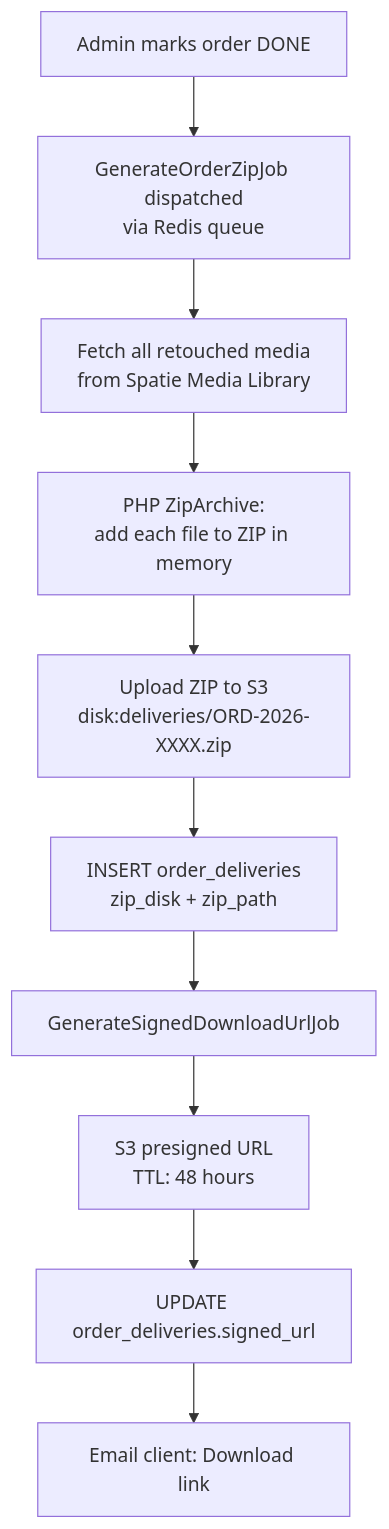
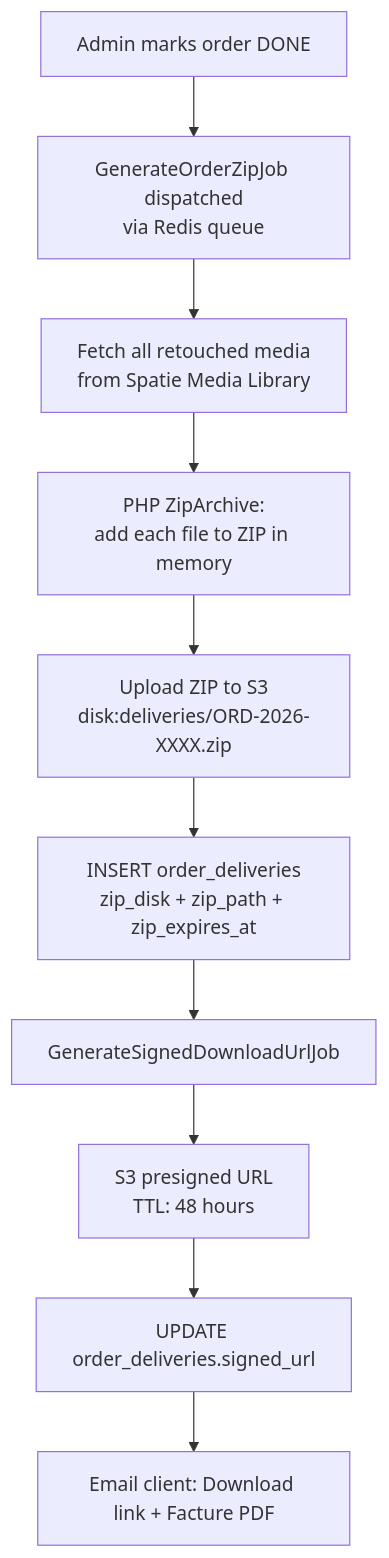
One commit to zyrass/OmnyRestore changed the ninth of 12 diagrams in docs/architecture.mdx. Above: the diagram before and after it, drawn with Mermaid. The commit also changed other lines of this file and 7 other files, not shown here.

````diff
--- a/docs/architecture.mdx
+++ b/docs/architecture.mdx
@@ -456,12 +458,12 @@
 ```mermaid
 graph TB
     A[Admin marks order DONE] --> B[GenerateOrderZipJob dispatched<br/>via Redis queue]
     B --> C[Fetch all retouched media<br/>from Spatie Media Library]
     C --> D[PHP ZipArchive:<br/>add each file to ZIP in memory]
     D --> E[Upload ZIP to S3<br/>disk:deliveries/ORD-2026-XXXX.zip]
-    E --> F[INSERT order_deliveries<br/>zip_disk + zip_path]
+    E --> F[INSERT order_deliveries<br/>zip_disk + zip_path + zip_expires_at]
     F --> G[GenerateSignedDownloadUrlJob]
     G --> H[S3 presigned URL<br/>TTL: 48 hours]
     H --> I[UPDATE order_deliveries.signed_url]
-    I --> J[Email client: Download link]
+    I --> J[Email client: Download link + Facture PDF]
 ```
````
